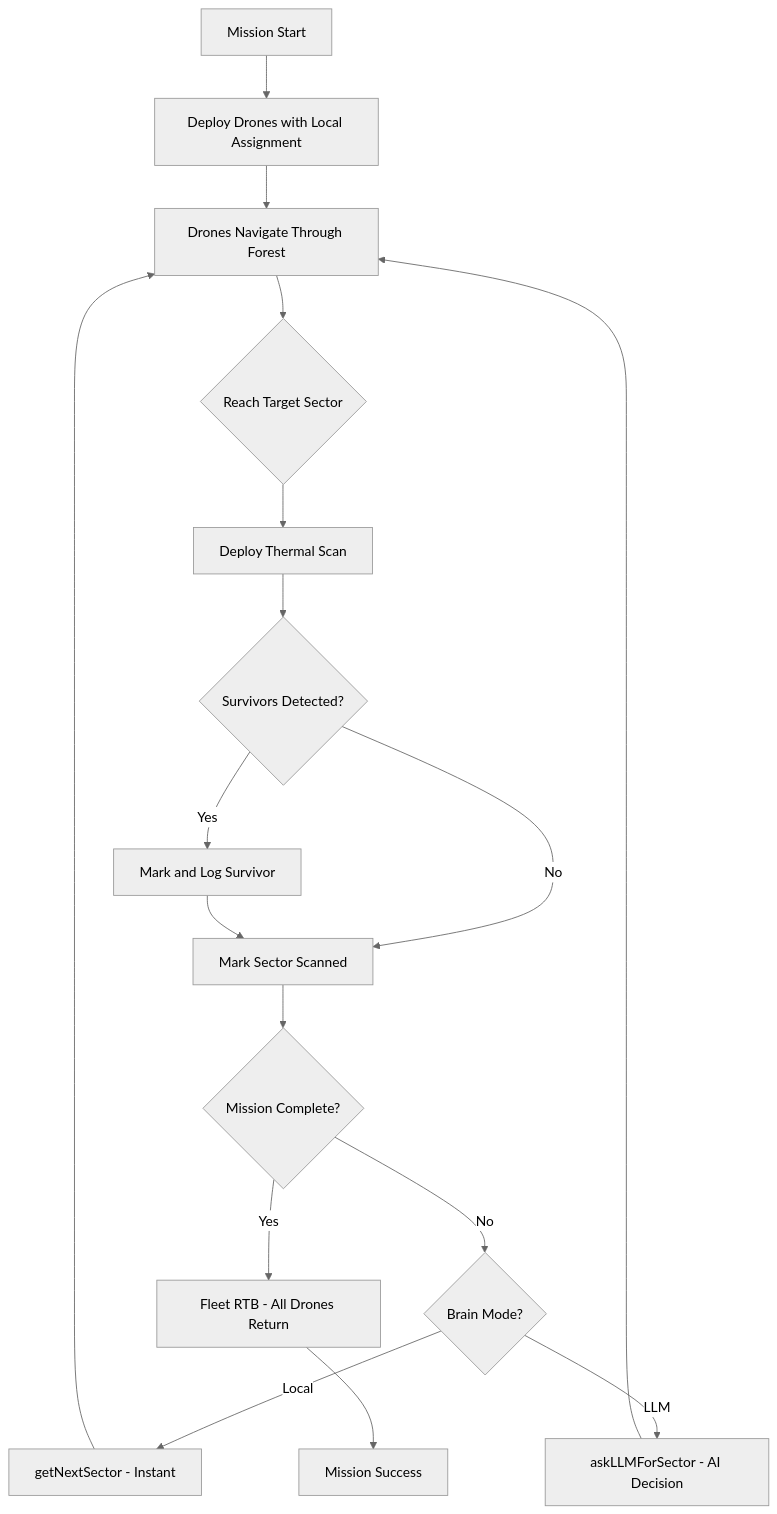
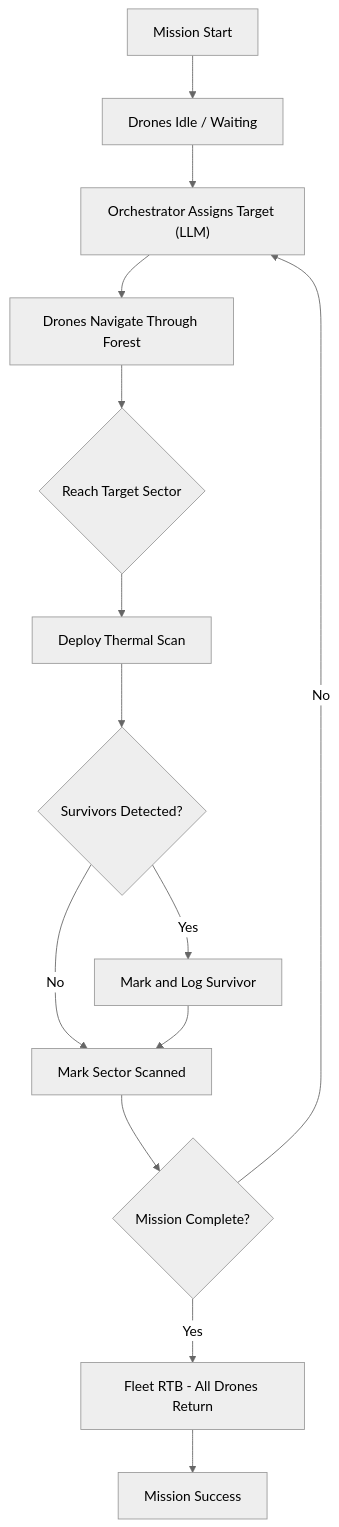
One commit to coderJT/SkyRescue-AI changed the diagram in README.md. Above: the diagram before and after it, drawn with Mermaid (neutral theme). The commit also changed other lines of this file and 1 other file, not shown here.

````diff
--- a/README.md
+++ b/README.md
@@ -225,19 +216,16 @@
 ```mermaid
 graph TD
-    A["Mission Start"] --> B["Deploy Drones with Local Assignment"]
-    B --> C["Drones Navigate Through Forest"]
-    C --> D{"Reach Target Sector"}
-    D --> E["Deploy Thermal Scan"]
-    E --> F{"Survivors Detected?"}
-    F -->|Yes| G["Mark and Log Survivor"]
-    F -->|No| H["Mark Sector Scanned"]
-    G --> H
-    H --> I{"Mission Complete?"}
-    I -->|No| J{"Brain Mode?"}
-    J -->|Local| K["getNextSector - Instant"]
-    J -->|LLM| L["askLLMForSector - AI Decision"]
-    K --> C
-    L --> C
-    I -->|Yes| M["Fleet RTB - All Drones Return"]
-    M --> N["Mission Success"]
+    A["Mission Start"] --> B["Drones Idle / Waiting"]
+    B --> C["Orchestrator Assigns Target (LLM)"]
+    C --> D["Drones Navigate Through Forest"]
+    D --> E{"Reach Target Sector"}
+    E --> F["Deploy Thermal Scan"]
+    F --> G{"Survivors Detected?"}
+    G -->|Yes| H["Mark and Log Survivor"]
+    G -->|No| I["Mark Sector Scanned"]
+    H --> I
+    I --> J{"Mission Complete?"}
+    J -->|No| C
+    J -->|Yes| K["Fleet RTB - All Drones Return"]
+    K --> L["Mission Success"]
 ```
````
